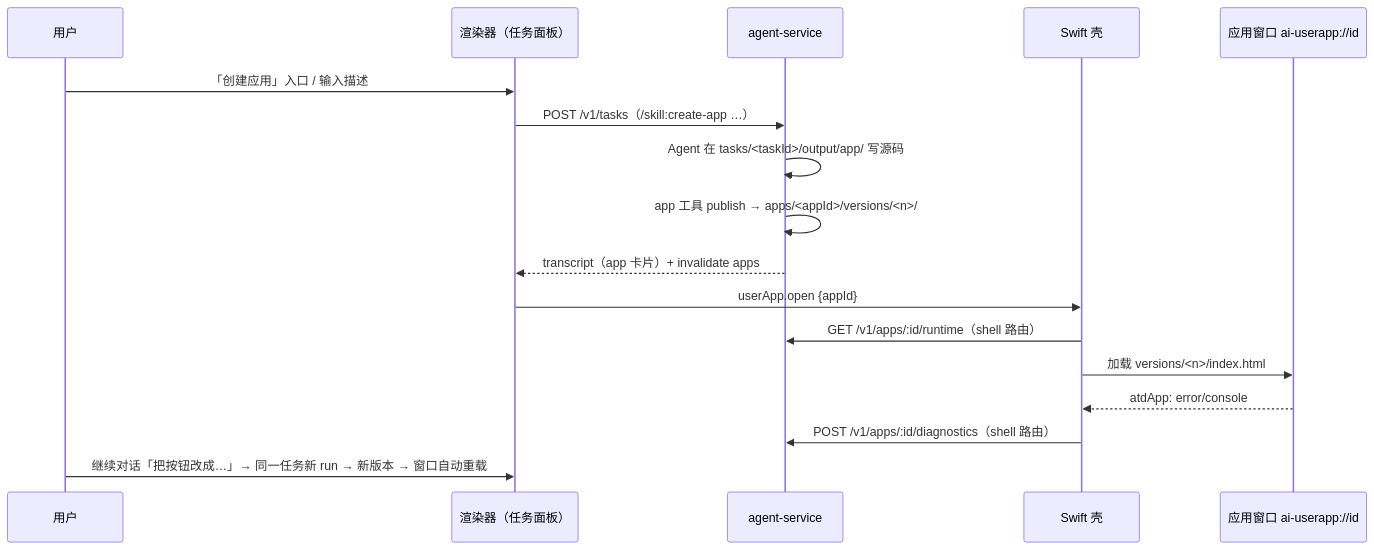
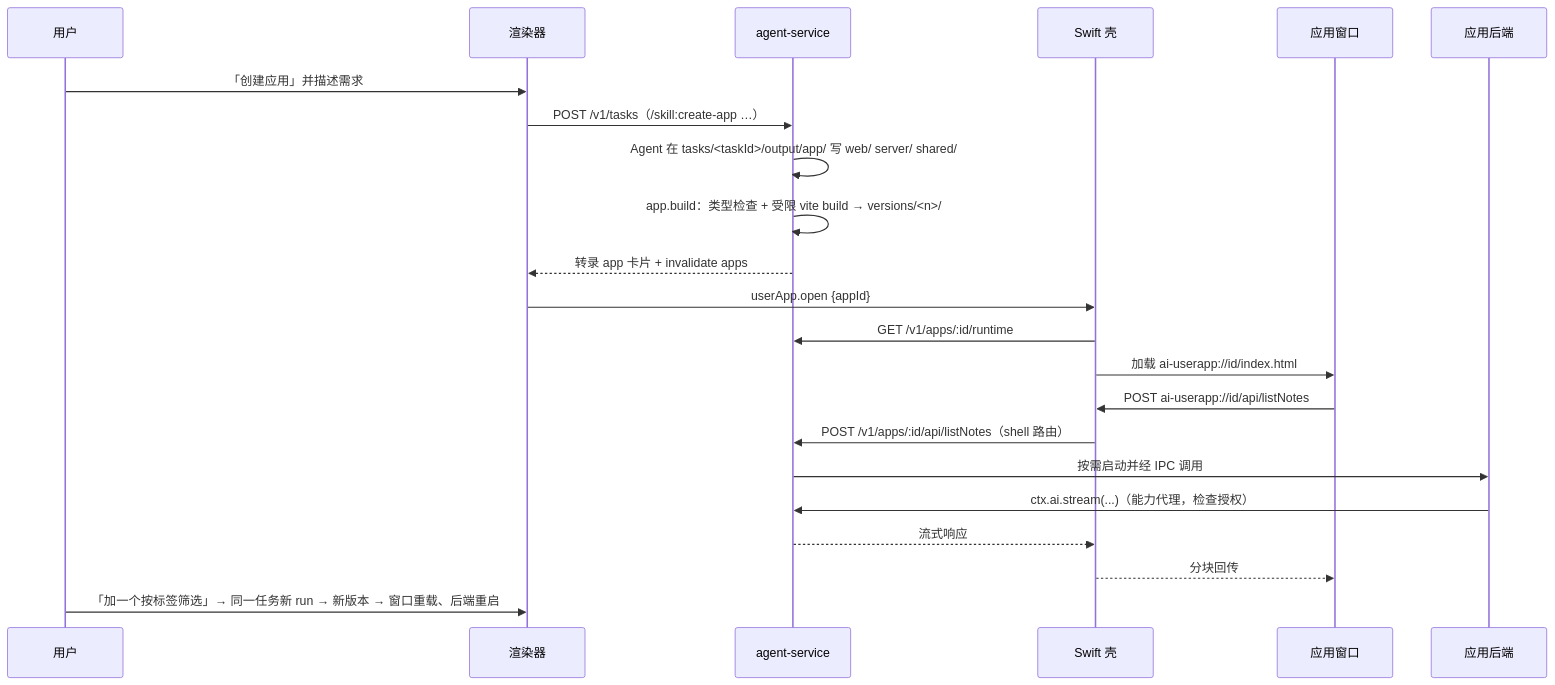
The second of 3 diagrams in docs/plans/2026-10-03-create-app.md (JUNERDD/Atd), drawn with Mermaid before and after one commit. The commit also changed other lines of this file and 3 other files, not shown here.

````diff
--- a/docs/plans/2026-10-03-create-app.md
+++ b/docs/plans/2026-10-03-create-app.md
@@ -36,19 +75,24 @@
 ```mermaid
 sequenceDiagram
   participant U as 用户
-  participant R as 渲染器（任务面板）
+  participant R as 渲染器
   participant S as agent-service
   participant Sh as Swift 壳
-  participant W as 应用窗口 ai-userapp://id
-  U->>R: 「创建应用」入口 / 输入描述
+  participant W as 应用窗口
+  participant B as 应用后端
+  U->>R: 「创建应用」并描述需求
   R->>S: POST /v1/tasks（/skill:create-app …）
-  S->>S: Agent 在 tasks/<taskId>/output/app/ 写源码
-  S->>S: app 工具 publish → apps/<appId>/versions/<n>/
-  S-->>R: transcript（app 卡片）+ invalidate apps
+  S->>S: Agent 在 tasks/<taskId>/output/app/ 写 web/ server/ shared/
+  S->>S: app.build：类型检查 + 受限 vite build → versions/<n>/
+  S-->>R: 转录 app 卡片 + invalidate apps
   R->>Sh: userApp.open {appId}
-  Sh->>S: GET /v1/apps/:id/runtime（shell 路由）
-  Sh->>W: 加载 versions/<n>/index.html
-  W-->>Sh: atdApp: error/console
-  Sh->>S: POST /v1/apps/:id/diagnostics（shell 路由）
-  U->>R: 继续对话「把按钮改成…」→ 同一任务新 run → 新版本 → 窗口自动重载
+  Sh->>S: GET /v1/apps/:id/runtime
+  Sh->>W: 加载 ai-userapp://id/index.html
+  W->>Sh: POST ai-userapp://id/api/listNotes
+  Sh->>S: POST /v1/apps/:id/api/listNotes（shell 路由）
+  S->>B: 按需启动并经 IPC 调用
+  B->>S: ctx.ai.stream(...)（能力代理，检查授权）
+  S-->>Sh: 流式响应
+  Sh-->>W: 分块回传
+  U->>R: 「加一个按标签筛选」→ 同一任务新 run → 新版本 → 窗口重载、后端重启
 ```
````
